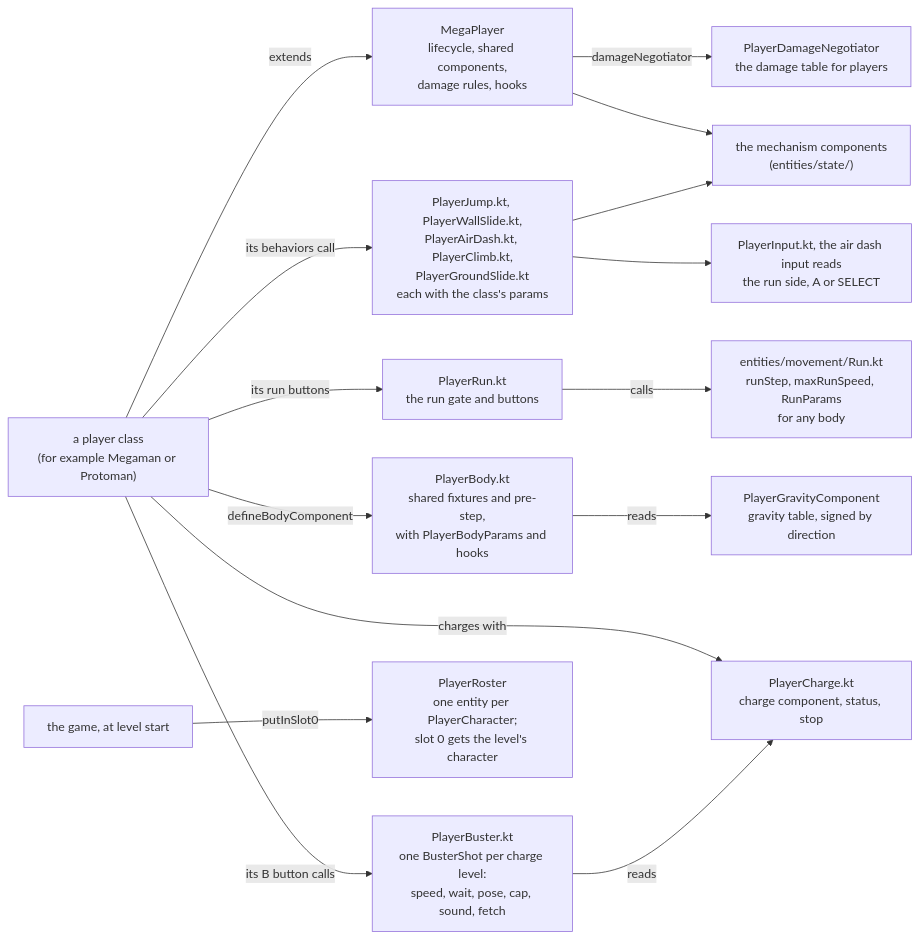
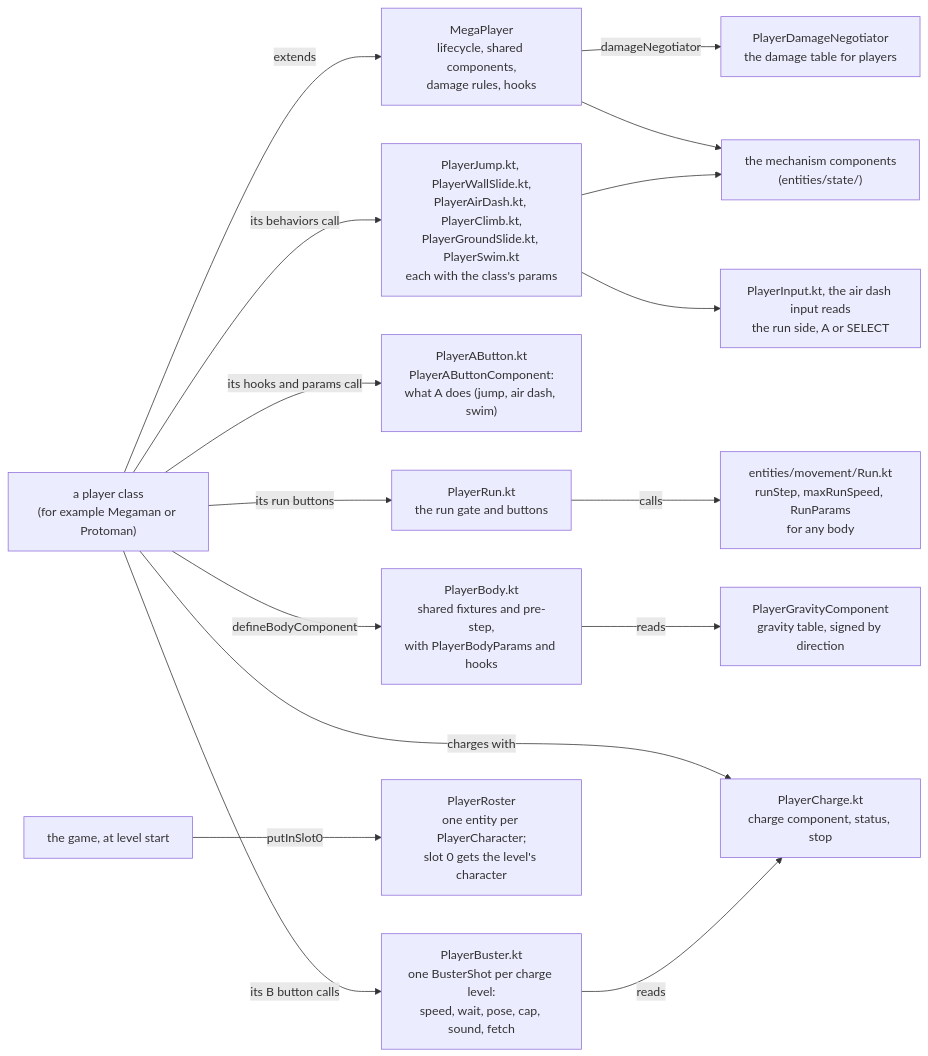
The first of 2 diagrams in core/src/main/kotlin/com/megaman/maverick/game/players/README.md (JohnLavender474/Megaman-Maverick), drawn with Mermaid before and after one commit. The commit also changed other lines of this file and 55 other files, not shown here.

First line of the commit message:
feat: 060m: Proto Man wall slides, air dashes and swims, with Megaman's shared rules

````diff
--- a/core/src/main/kotlin/com/megaman/maverick/game/players/README.md
+++ b/core/src/main/kotlin/com/megaman/maverick/game/players/README.md
@@ -33,17 +35,18 @@
 ```mermaid
 flowchart LR
     Class["a player class<br/>(for example Megaman or Protoman)"] -- "extends" --> Base["MegaPlayer<br/>lifecycle, shared components,<br/>damage rules, hooks"]
     Base -- "damageNegotiator" --> Negotiator["PlayerDamageNegotiator<br/>the damage table for players"]
-    Class -- "its behaviors call" --> Moves["PlayerJump.kt, PlayerWallSlide.kt,<br/>PlayerAirDash.kt, PlayerClimb.kt,<br/>PlayerGroundSlide.kt<br/>each with the class's params"]
+    Class -- "its behaviors call" --> Moves["PlayerJump.kt, PlayerWallSlide.kt,<br/>PlayerAirDash.kt, PlayerClimb.kt,<br/>PlayerGroundSlide.kt, PlayerSwim.kt<br/>each with the class's params"]
+    Class -- "its hooks and params call" --> ATask["PlayerAButton.kt<br/>PlayerAButtonComponent:<br/>what A does (jump, air dash, swim)"]
     Class -- "its run buttons" --> Run["PlayerRun.kt<br/>the run gate and buttons"]
     Run -- "calls" --> Step["entities/movement/Run.kt<br/>runStep, maxRunSpeed, RunParams<br/>for any body"]
     Class -- "defineBodyComponent" --> Body["PlayerBody.kt<br/>shared fixtures and pre-step,<br/>with PlayerBodyParams and hooks"]
     Body -- "reads" --> Gravity["PlayerGravityComponent<br/>gravity table, signed by direction"]
     Class -- "its B button calls" --> Buster["PlayerBuster.kt<br/>one BusterShot per charge level:<br/>speed, wait, pose, cap, sound, fetch"]
     Class -- "charges with" --> Charge["PlayerCharge.kt<br/>charge component, status, stop"]
     Buster -- "reads" --> Charge
     Moves --> Input["PlayerInput.kt, the air dash input reads<br/>the run side, A or SELECT"]
     Game["the game, at level start"] -- "putInSlot0" --> Roster["PlayerRoster<br/>one entity per PlayerCharacter;<br/>slot 0 gets the level's character"]
     Base --> State["the mechanism components<br/>(entities/state/)"]
     Moves --> State
 ```
````
